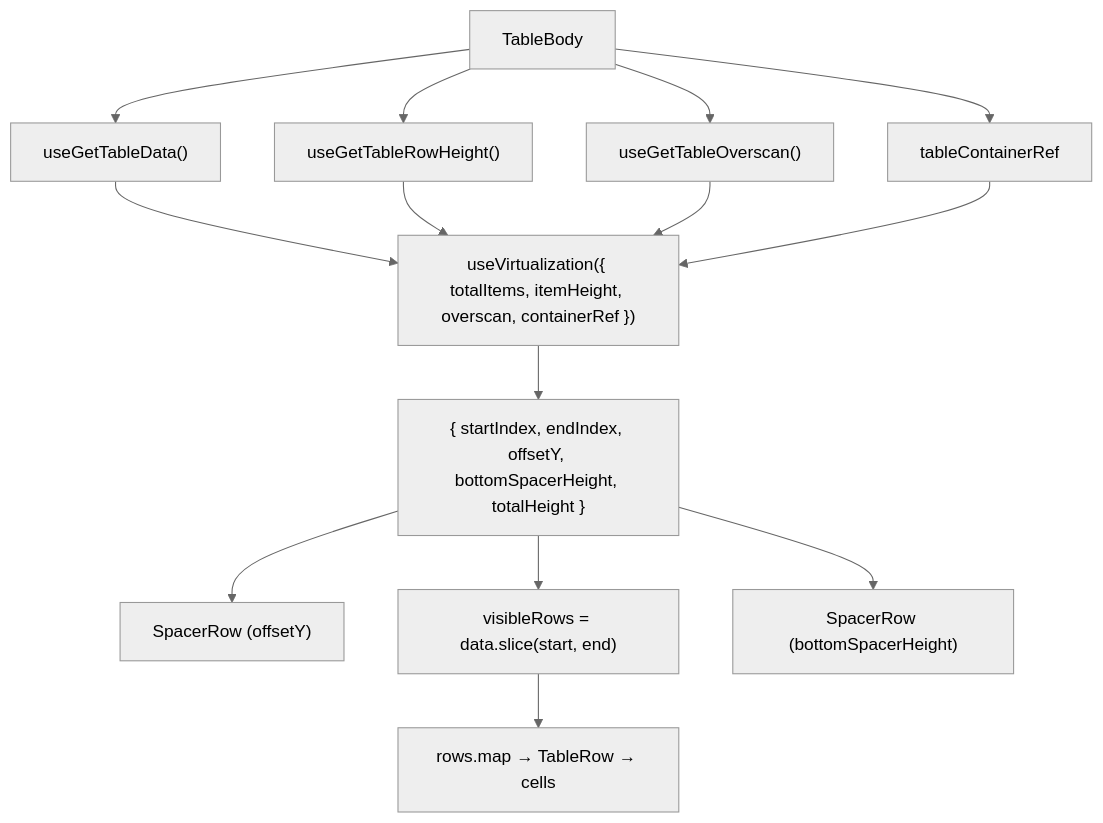
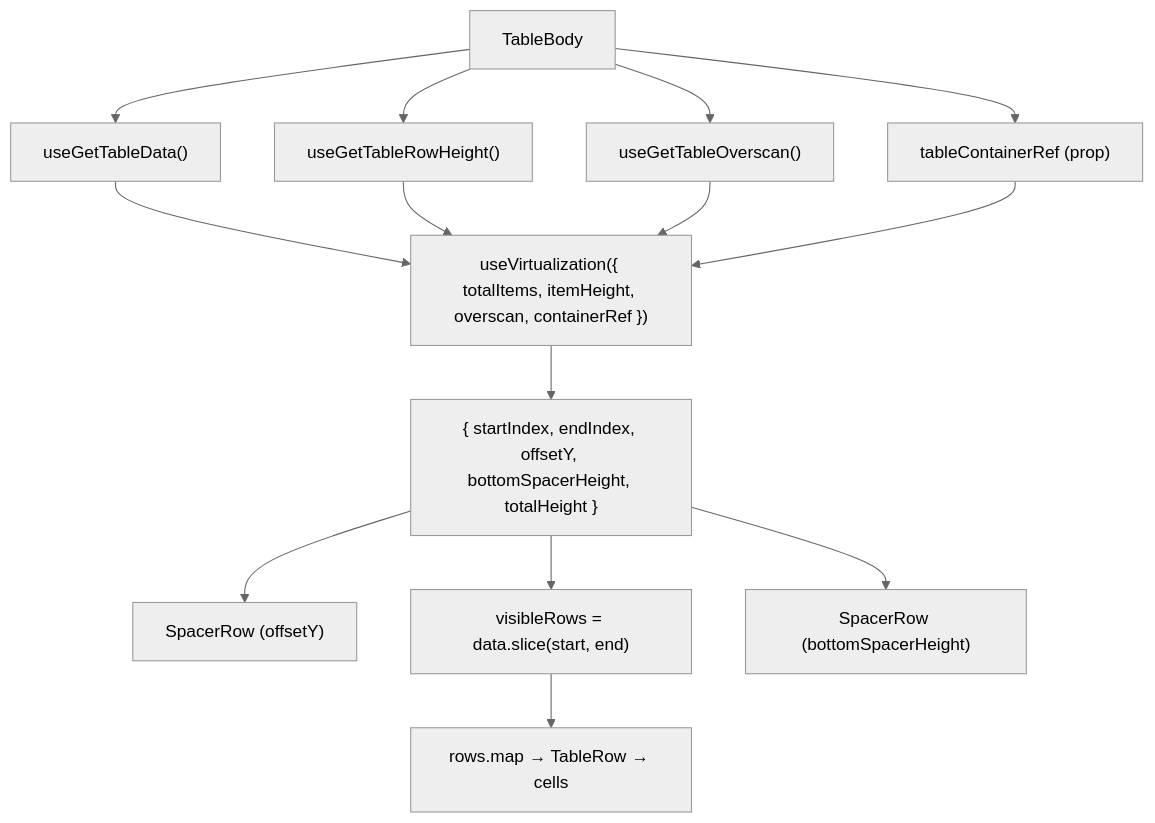
Before and after one commit to luciocabrera/lcabrera-stack: the first of 2 diagrams in src/components/Table/TableBody/ARCHITECTURE.md, drawn with Mermaid (neutral theme). The commit also changed other lines of this file and 23 other files, not shown here.

````diff
--- a/src/components/Table/TableBody/ARCHITECTURE.md
+++ b/src/components/Table/TableBody/ARCHITECTURE.md
@@ -41,20 +42,20 @@
 ```mermaid
 graph TD
   TB["TableBody"] --> data["useGetTableData()"]
   TB --> rh["useGetTableRowHeight()"]
   TB --> os["useGetTableOverscan()"]
-  TB --> ref["tableContainerRef"]
+  TB --> ref["tableContainerRef (prop)"]
 
   data --> virt["useVirtualization({ totalItems, itemHeight, overscan, containerRef })"]
   rh --> virt
   os --> virt
   ref --> virt
 
   virt --> range["{ startIndex, endIndex, offsetY, bottomSpacerHeight, totalHeight }"]
 
   range --> topSpacer["SpacerRow (offsetY)"]
   range --> rows["visibleRows = data.slice(start, end)"]
   range --> bottomSpacer["SpacerRow (bottomSpacerHeight)"]
 
   rows --> map["rows.map → TableRow → cells"]
 ```
````
